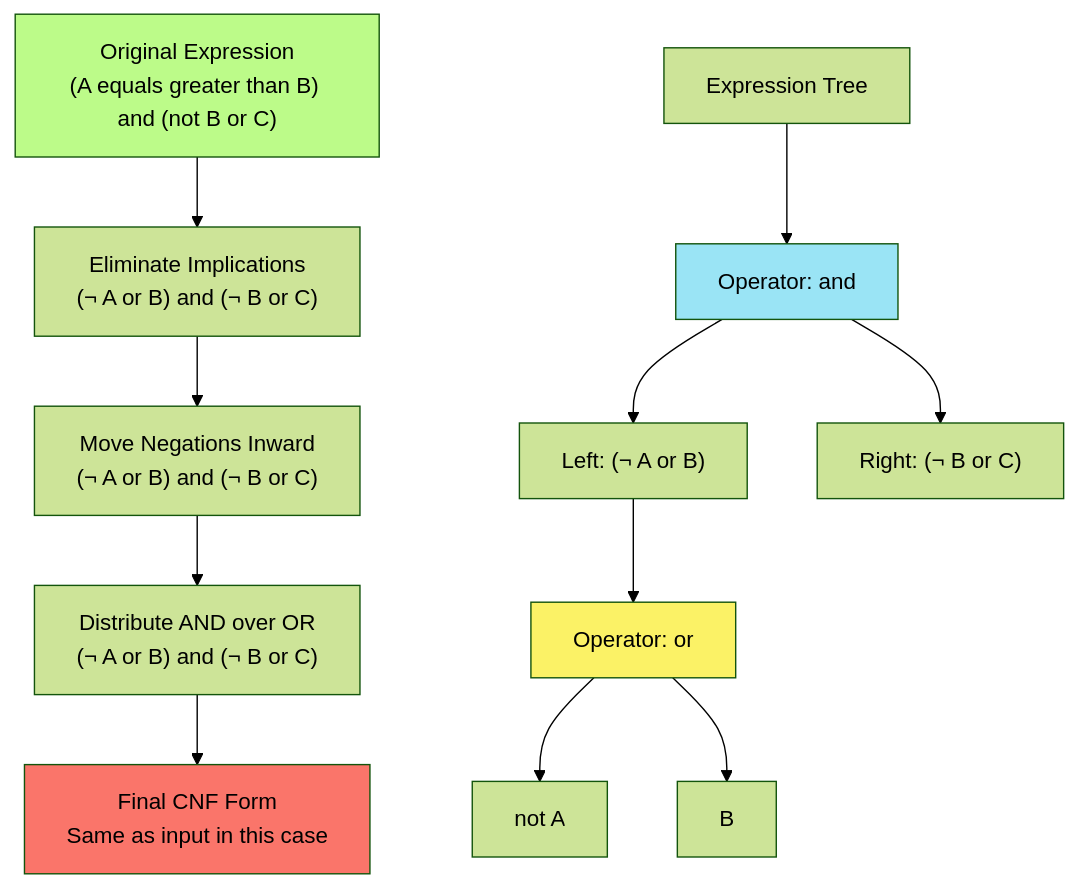
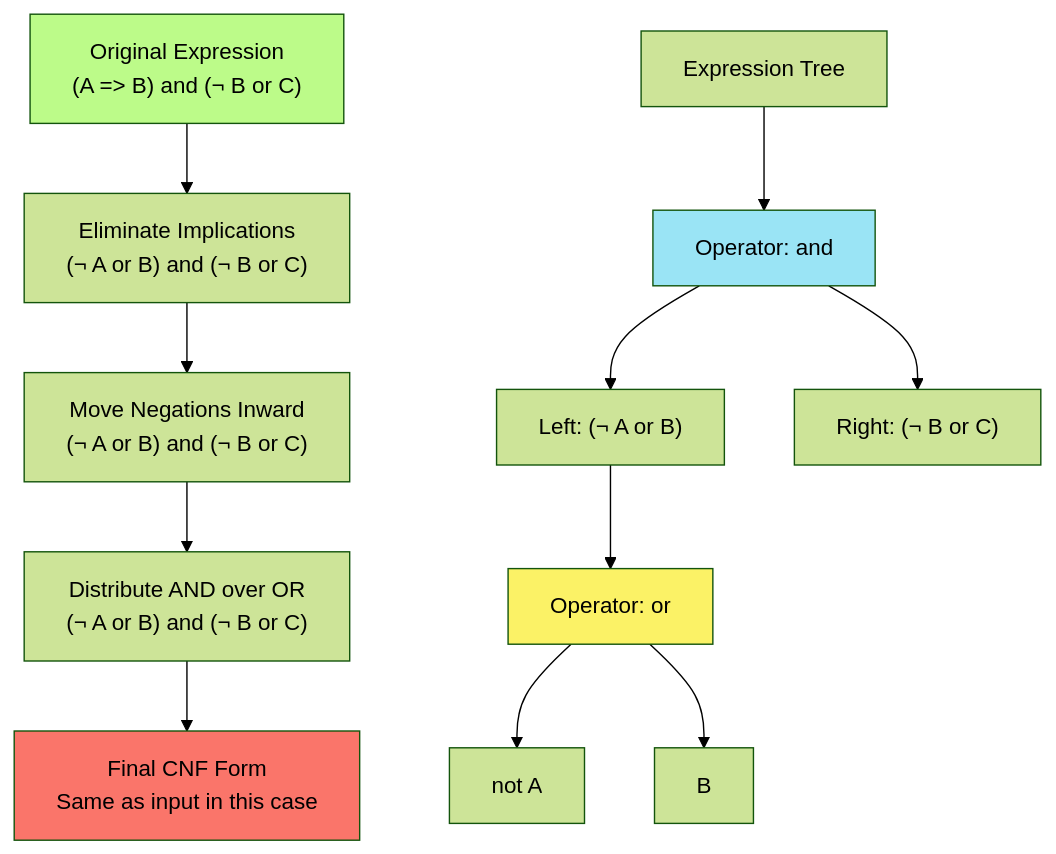
One commit to Chaklader/progression-search-agent changed the fourth of 10 diagrams in C_3.md. Above: the diagram before and after it, drawn with Mermaid (forest theme).

Commit message:
The commit is successful

````diff
--- a/C_3.md
+++ b/C_3.md
@@ -437,19 +437,19 @@
 ```mermaid
 flowchart TD
-    A["Original Expression<br>(A equals greater than B) and (not B or C)"] --> B["Eliminate Implications<br>(¬ A or B) and (¬ B or C)"]
+    A["Original Expression<br>(A => B) and (¬ B or C)"] --> B["Eliminate Implications<br>(¬ A or B) and (¬ B or C)"]
     B --> C["Move Negations Inward<br>(¬ A or B) and (¬ B or C)"]
     C --> D["Distribute AND over OR<br>(¬ A or B) and (¬ B or C)"]
     D --> E["Final CNF Form<br>Same as input in this case"]
 
     F["Expression Tree"] --> G["Operator: and"]
     G --> H["Left: (¬ A or B)"]
     G --> I["Right: (¬ B or C)"]
     H --> J["Operator: or"]
     J --> K["not A"]
     J --> L["B"]
 
     style A fill:#BCFB89
     style E fill:#FA756A
     style G fill:#9AE4F5
     style J fill:#FBF266
 ```
````
